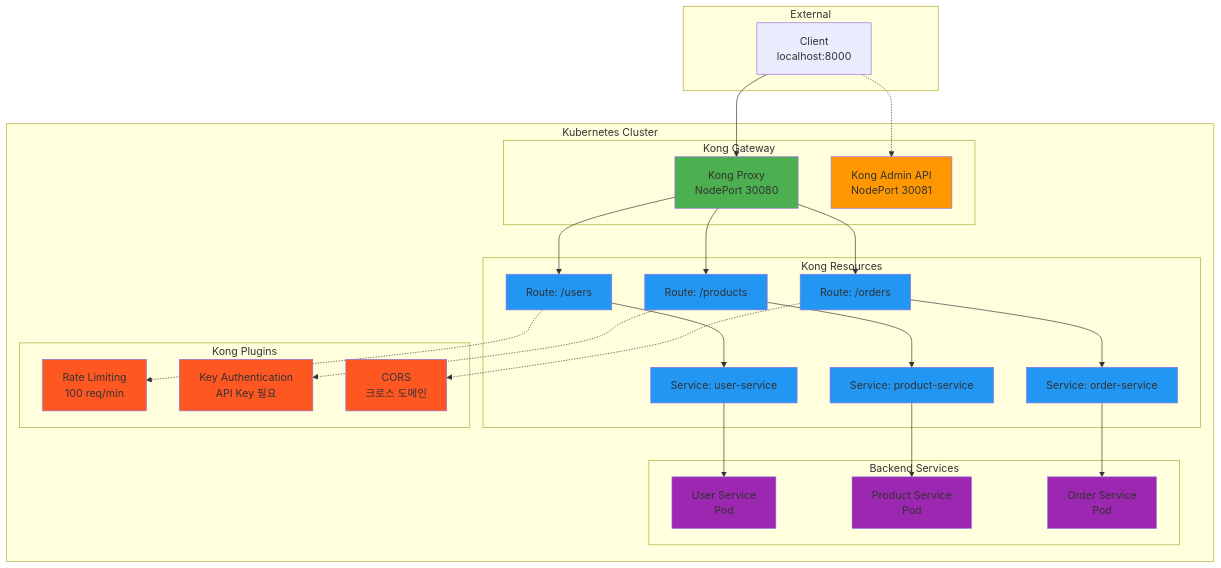
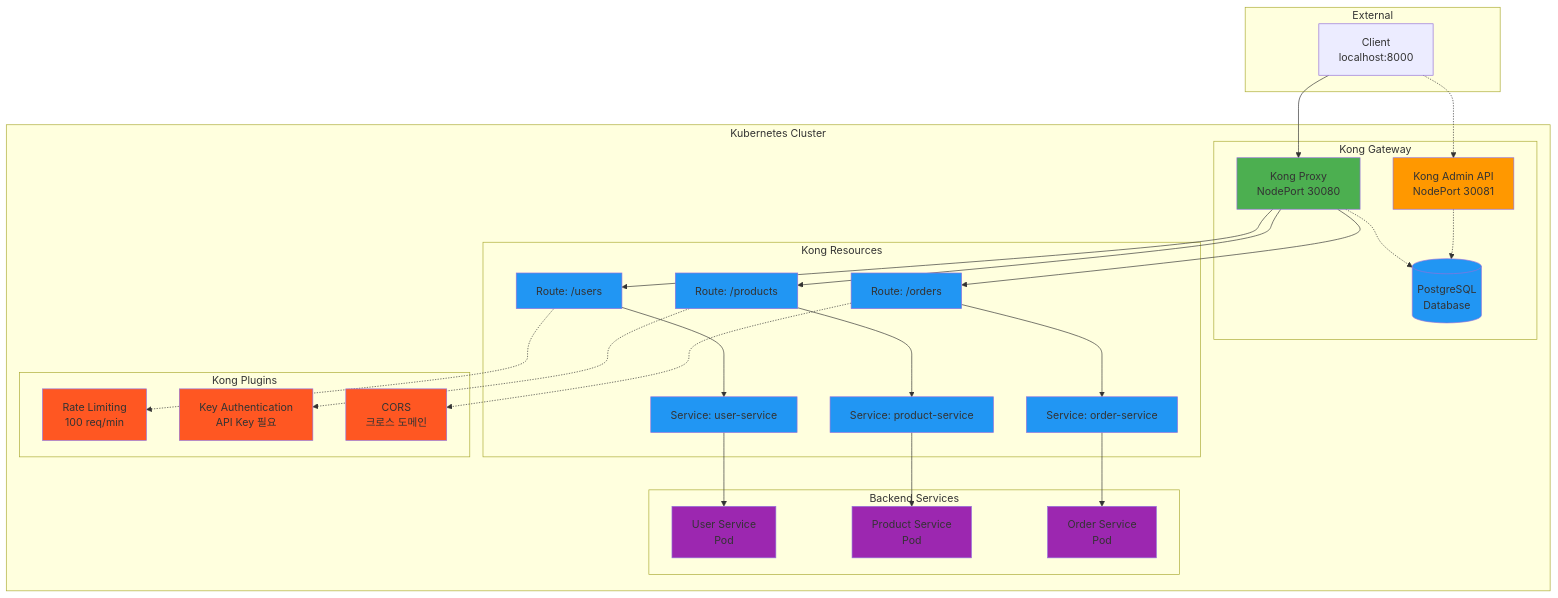
Before and after one commit to niceguy61/kdt_devops_lecture_2025: the diagram in theory/week_04/day2/lab_1.md, drawn with Mermaid. The commit also changed other lines of this file and 2 other files, not shown here.

````diff
--- a/theory/week_04/day2/lab_1.md
+++ b/theory/week_04/day2/lab_1.md
@@ -37,61 +37,65 @@
 ```mermaid
 graph TB
     subgraph "External"
         C[Client<br/>localhost:8000]
     end
     
     subgraph "Kubernetes Cluster"
         subgraph "Kong Gateway"
             KP[Kong Proxy<br/>NodePort 30080]
             KA[Kong Admin API<br/>NodePort 30081]
+            DB[(PostgreSQL<br/>Database)]
         end
         
         subgraph "Kong Resources"
             S1[Service: user-service]
             S2[Service: product-service]
             S3[Service: order-service]
             
             R1[Route: /users]
             R2[Route: /products]
             R3[Route: /orders]
         end
         
         subgraph "Kong Plugins"
             P1[Rate Limiting<br/>100 req/min]
             P2[Key Authentication<br/>API Key 필요]
             P3[CORS<br/>크로스 도메인]
         end
         
         subgraph "Backend Services"
             US[User Service<br/>Pod]
             PS[Product Service<br/>Pod]
             OS[Order Service<br/>Pod]
         end
     end
     
     C --> KP
     C -.-> KA
+    KP -.-> DB
+    KA -.-> DB
     
     KP --> R1 --> S1 --> US
     KP --> R2 --> S2 --> PS
     KP --> R3 --> S3 --> OS
     
     R1 -.-> P1
     R2 -.-> P2
     R3 -.-> P3
     
     style KP fill:#4caf50
     style KA fill:#ff9800
+    style DB fill:#2196f3
     style S1 fill:#2196f3
     style S2 fill:#2196f3
     style S3 fill:#2196f3
     style R1 fill:#2196f3
     style R2 fill:#2196f3
     style R3 fill:#2196f3
     style P1 fill:#ff5722
     style P2 fill:#ff5722
     style P3 fill:#ff5722
     style US fill:#9c27b0
     style PS fill:#9c27b0
     style OS fill:#9c27b0
 ```
````
